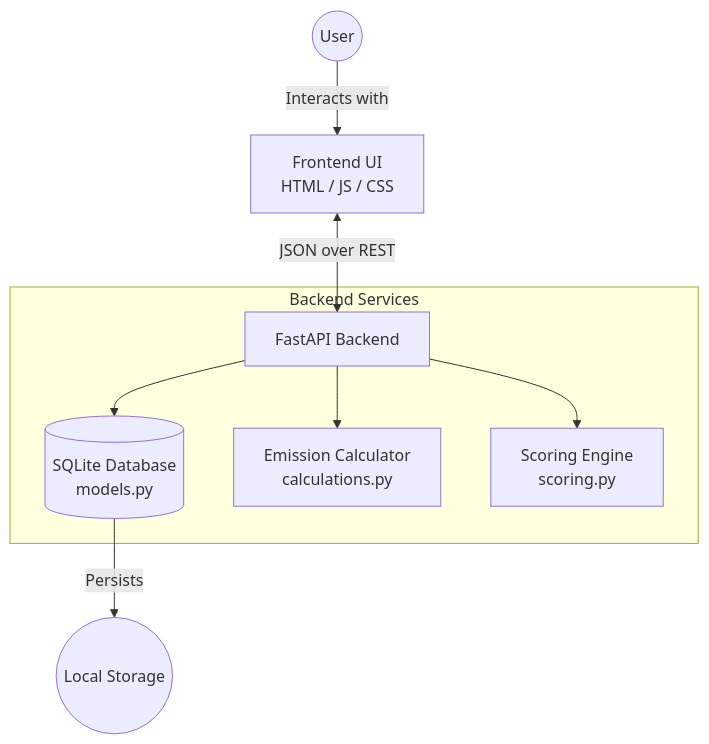
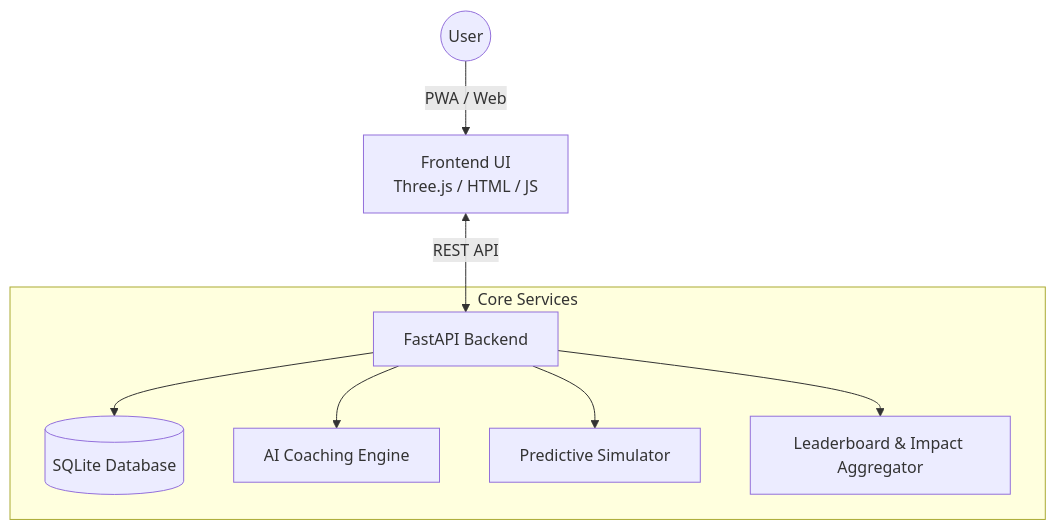
The diagram in README.md (tanush326k/carbontrack), drawn with Mermaid before and after one commit. The commit also changed other lines of this file and 9 other files, not shown here.

````diff
--- a/README.md
+++ b/README.md
@@ -43,13 +46,12 @@
 ```mermaid
 graph TD
-    User((User)) -->|Interacts with| UI[Frontend UI<br>HTML / JS / CSS]
-    UI <-->|JSON over REST| API[FastAPI Backend]
+    User((User)) -->|PWA / Web| UI[Frontend UI<br>Three.js / HTML / JS]
+    UI <-->|REST API| API[FastAPI Backend]
     
-    subgraph Backend Services
-        API --> DB[(SQLite Database<br>models.py)]
-        API --> Calc[Emission Calculator<br>calculations.py]
-        API --> Score[Scoring Engine<br>scoring.py]
+    subgraph Core Services
+        API --> DB[(SQLite Database)]
+        API --> AI[AI Coaching Engine]
+        API --> Sim[Predictive Simulator]
+        API --> Community[Leaderboard & Impact Aggregator]
     end
-    
-    DB -->|Persists| Storage((Local Storage))
 ```
````
